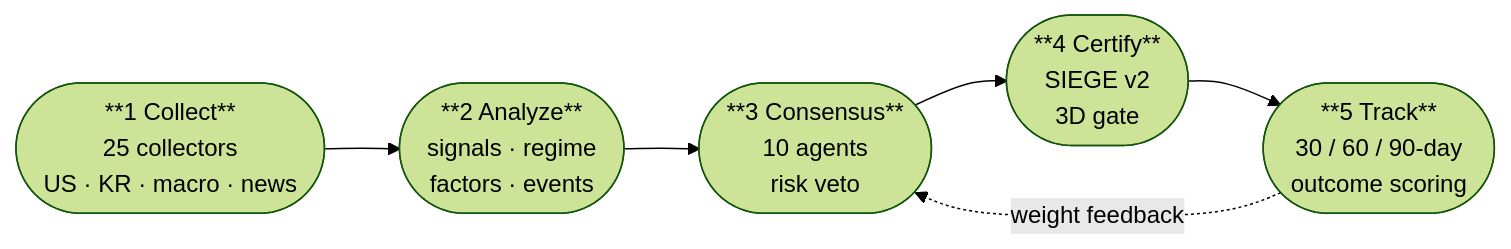
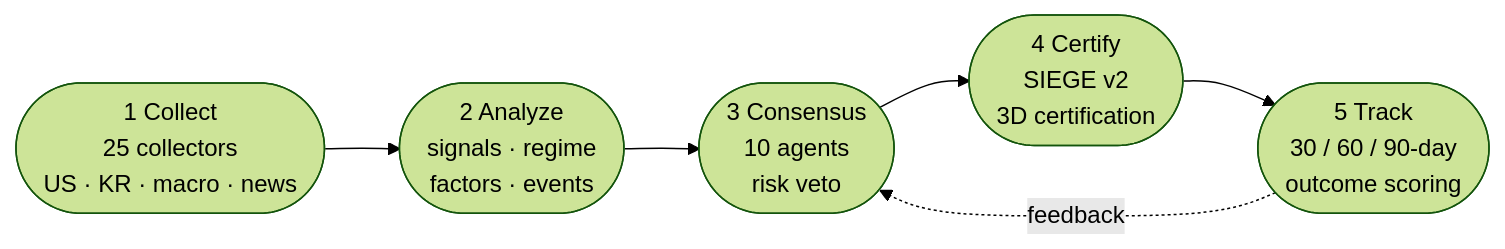
The diagram in README.md (researcherhojin/nuri-quant), drawn with Mermaid (forest theme) before and after one commit. The commit also changed 1 other file, not shown here.

Commit message:
docs(readme): codex round 1 fixes — mermaid safety + terminology + compression
Round 1 adversarial review (codex-reviews/docs-readme-redesign-round1-*.md)
verdict MODIFY with 3 concrete fixes + 1 compression:

README.md mermaid:
- Remove **bold** from pill labels — GitHub Mermaid renderer version-dependent,
  markdown-inside-label not guaranteed to render (mermaid-js/mermaid#4391)
- Shorten edge label "weight feedback" → "feedback" to reduce arc crowding
- "3D gate" → "3D certification" (canonical SIEGE_V2 uses "3차원 인증 /
  3-dimensional certification")

docs/ARCHITECTURE.md:
- "3D gate specification" → "3-dimensional certification specification"
  (matches SIEGE_V2.md header wording)
- Compress 5 prose callouts below the phase table — they duplicated
  "Signal System", "Regime Classifier", "SIEGE Engine", and "API" sections
  that come later in the same file. Merge pointers into the table's new
  "Detail" column instead. Serve layer kept as a single prose line since
  it reframes the 5-step mental model.

No code changes, no fact regressions. make verify-doc-counts passes.
Codex Section A confirmed zero lost facts from the PR #388 original diff.

````diff
--- a/README.md
+++ b/README.md
@@ -19,11 +19,11 @@
 ```mermaid
 flowchart LR
-    A(["**1 Collect**<br/>25 collectors<br/>US · KR · macro · news"])
-    B(["**2 Analyze**<br/>signals · regime<br/>factors · events"])
-    C(["**3 Consensus**<br/>10 agents<br/>risk veto"])
-    D(["**4 Certify**<br/>SIEGE v2<br/>3D gate"])
-    E(["**5 Track**<br/>30 / 60 / 90-day<br/>outcome scoring"])
+    A(["1 Collect<br/>25 collectors<br/>US · KR · macro · news"])
+    B(["2 Analyze<br/>signals · regime<br/>factors · events"])
+    C(["3 Consensus<br/>10 agents<br/>risk veto"])
+    D(["4 Certify<br/>SIEGE v2<br/>3D certification"])
+    E(["5 Track<br/>30 / 60 / 90-day<br/>outcome scoring"])
 
     A --> B --> C --> D --> E
-    E -. weight feedback .-> C
+    E -. feedback .-> C
 ```
````
